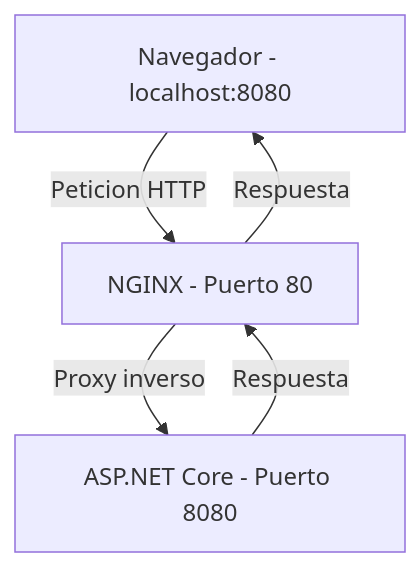
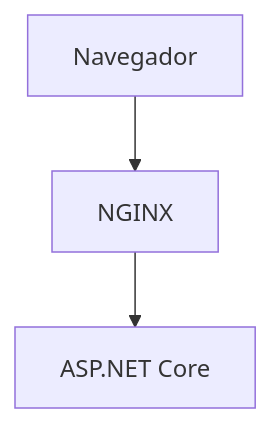
Before and after one commit to vjp-raulAP/novaharvest-web: the diagram in readme.md, drawn with Mermaid.

````diff
--- a/readme.md
+++ b/readme.md
@@ -61,11 +61,5 @@
 ```mermaid
-flowchart TD
-    A[Navegador - localhost:8080]
-    B[NGINX - Puerto 80]
-    C[ASP.NET Core - Puerto 8080]
-
-    A -->|Peticion HTTP| B
-    B -->|Proxy inverso| C
-    C -->|Respuesta| B
-    B -->|Respuesta| A
+graph TD
+A[Navegador] --> B[NGINX]
+B --> C[ASP.NET Core]
 ```
````
